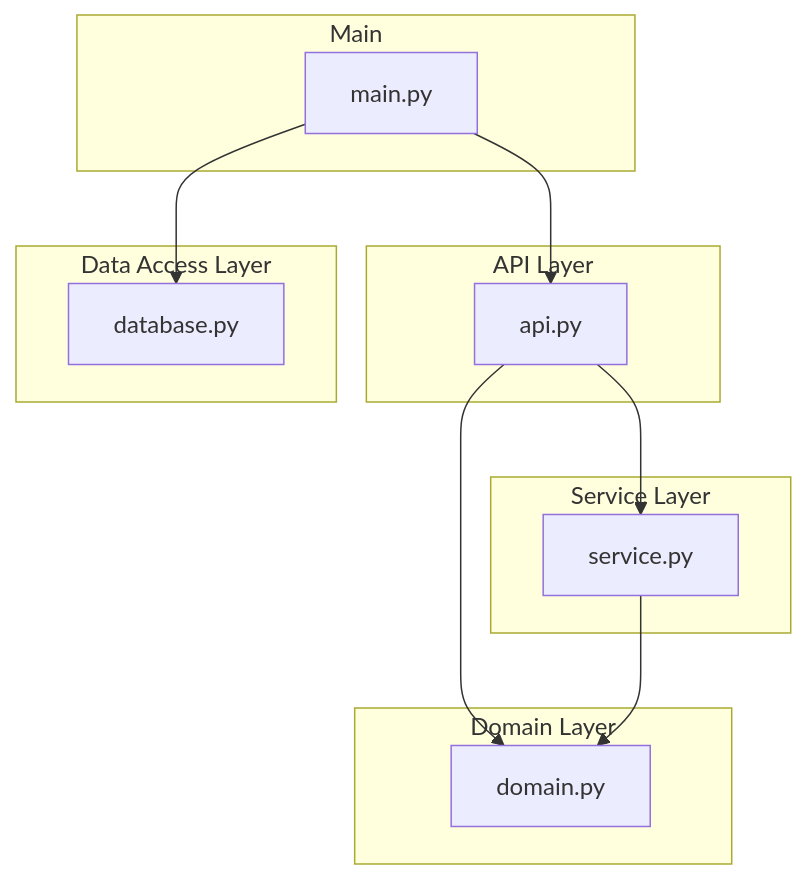
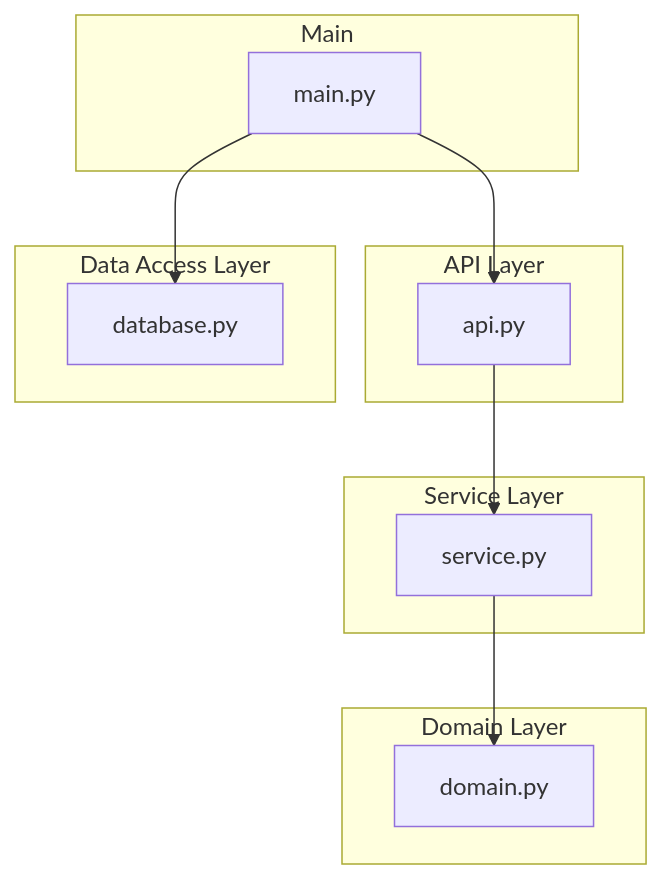
One commit to Sungchul-P/learn-fastapi changed the first of 2 diagrams in README.md. Above: the diagram before and after it, drawn with Mermaid. The commit also changed 4 other files, not shown here.

````diff
--- a/README.md
+++ b/README.md
@@ -30,23 +30,22 @@
 ```mermaid
 graph TB
     subgraph Main
         MAIN[main.py]
     end
     subgraph API Layer
         API[api.py]
     end
     subgraph Service Layer
         SVC[service.py]
     end
     subgraph Domain Layer
         ENT[domain.py]
     end
     subgraph Data Access Layer
         DB[database.py]
     end
     MAIN --> API
     MAIN --> DB
     API --> SVC
-    API --> ENT
     SVC --> ENT
 ```
````
